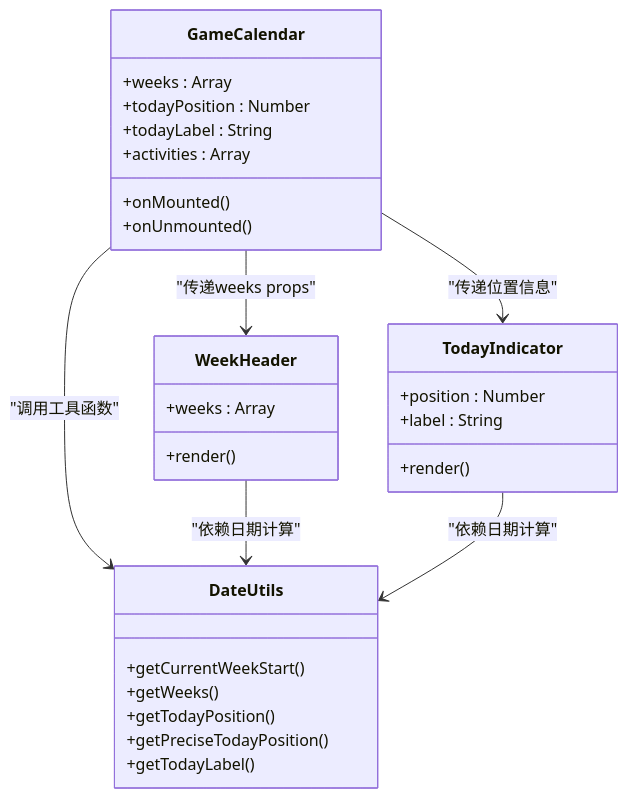
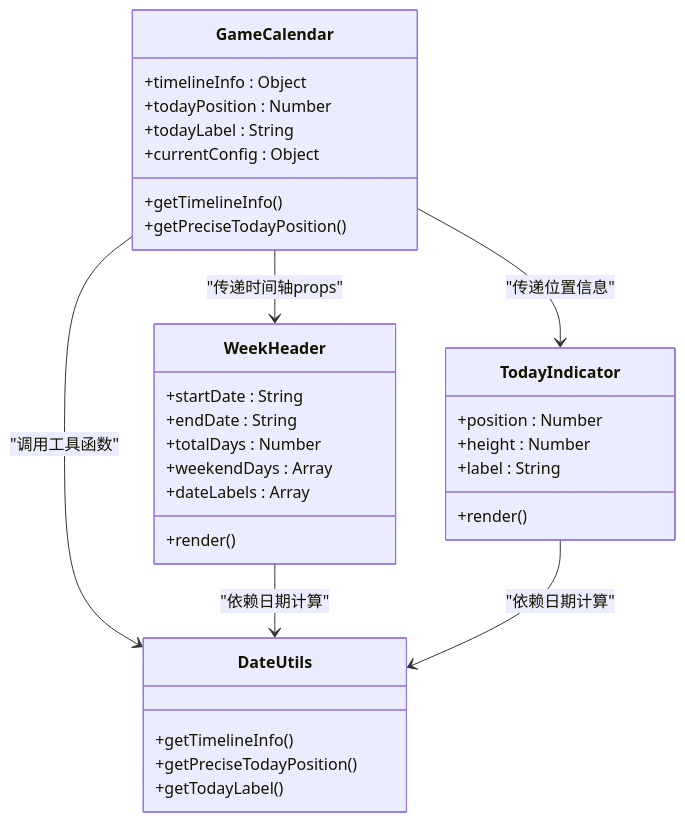
One commit to xuanyulingnfeg/gameCalendar changed the third of 6 diagrams in .qoder/repowiki/zh/content/核心组件/WeekHeader 周标题组件.md. Above: the diagram before and after it, drawn with Mermaid. The commit also changed other lines of this file and 5 other files, not shown here.

````diff
--- a/.qoder/repowiki/zh/content/核心组件/WeekHeader 周标题组件.md
+++ b/.qoder/repowiki/zh/content/核心组件/WeekHeader 周标题组件.md
@@ -161,32 +163,35 @@
 ```mermaid
 classDiagram
 class GameCalendar {
-+weeks : Array
++timelineInfo : Object
 +todayPosition : Number
 +todayLabel : String
-+activities : Array
-+onMounted()
-+onUnmounted()
++currentConfig : Object
++getTimelineInfo()
++getPreciseTodayPosition()
 }
 class WeekHeader {
-+weeks : Array
++startDate : String
++endDate : String
++totalDays : Number
++weekendDays : Array
++dateLabels : Array
 +render()
 }
 class TodayIndicator {
 +position : Number
++height : Number
 +label : String
 +render()
 }
 class DateUtils {
-+getCurrentWeekStart()
-+getWeeks()
-+getTodayPosition()
++getTimelineInfo()
 +getPreciseTodayPosition()
 +getTodayLabel()
 }
-GameCalendar --> WeekHeader : "传递weeks props"
+GameCalendar --> WeekHeader : "传递时间轴props"
 GameCalendar --> TodayIndicator : "传递位置信息"
 GameCalendar --> DateUtils : "调用工具函数"
 WeekHeader --> DateUtils : "依赖日期计算"
 TodayIndicator --> DateUtils : "依赖日期计算"
 ```
````
